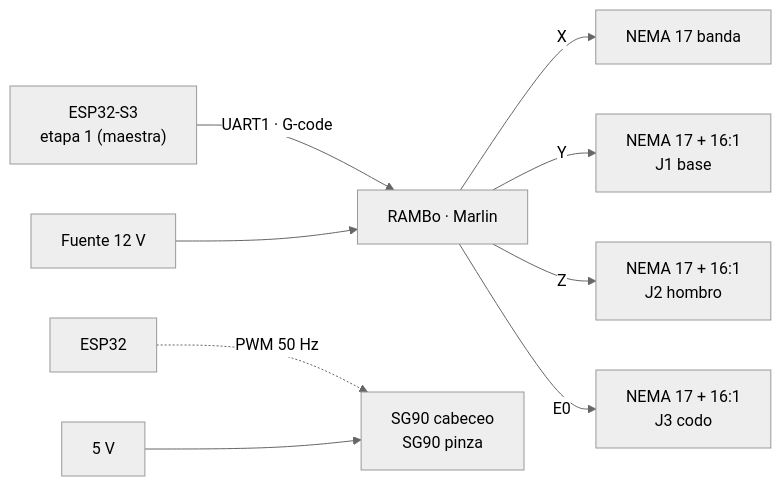
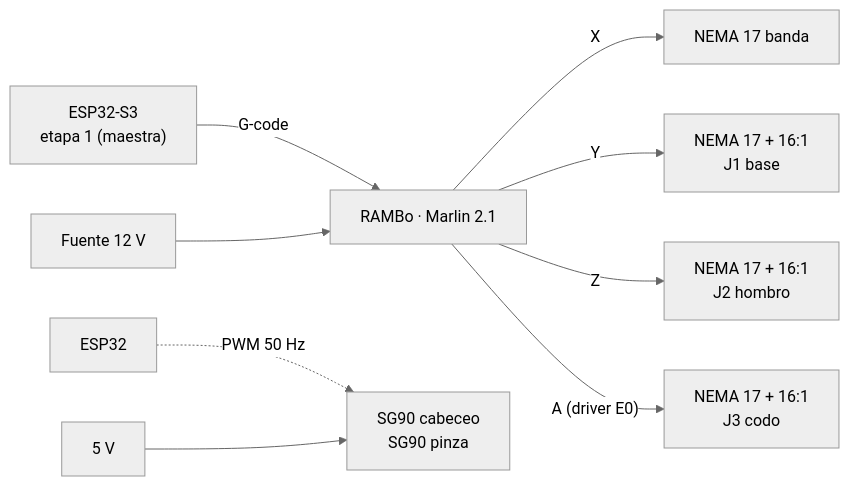
One commit to Johan-C777/coin-sorting-robot-pybullet changed the diagram in docs/13-etapa3-brazo.md. Above: the diagram before and after it, drawn with Mermaid (neutral theme). The commit also changed other lines of this file and 7 other files, not shown here.

Commit message:
Etapa 3: J3 como eje A de Marlin 2.1 (EXTRUDERS 0) y enlace actual por el panel web

````diff
--- a/docs/13-etapa3-brazo.md
+++ b/docs/13-etapa3-brazo.md
@@ -173,11 +173,11 @@
 ```mermaid
 flowchart LR
-    S3["ESP32-S3<br/>etapa 1 (maestra)"] -- "UART1 · G-code" --> R["RAMBo · Marlin"]
+    S3["ESP32-S3<br/>etapa 1 (maestra)"] -- "G-code" --> R["RAMBo · Marlin 2.1"]
     R -- X --> B["NEMA 17 banda"]
     R -- Y --> J1["NEMA 17 + 16:1<br/>J1 base"]
     R -- Z --> J2["NEMA 17 + 16:1<br/>J2 hombro"]
-    R -- E0 --> J3["NEMA 17 + 16:1<br/>J3 codo"]
+    R -- "A (driver E0)" --> J3["NEMA 17 + 16:1<br/>J3 codo"]
     E32["ESP32"] -. "PWM 50 Hz" .-> SV["SG90 cabeceo<br/>SG90 pinza"]
     F12["Fuente 12 V"] --> R
     F5["5 V"] --> SV
 ```
````
